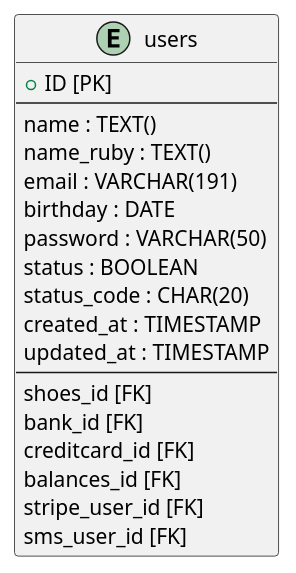
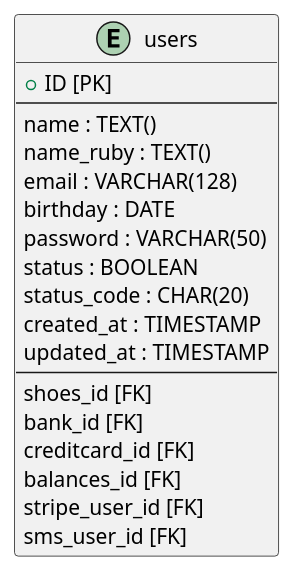
The diagram in db/users.pu (mybz-inc/sneaker), drawn with PlantUML before and after one commit. The commit also changed 8 other files, not shown here.

```diff
--- a/db/users.pu
+++ b/db/users.pu
@@ -1,22 +1,22 @@
 @startuml users
 entity users {
   + ID [PK]
   --
   name : TEXT()
   name_ruby : TEXT()
-  email : VARCHAR(191)
+  email : VARCHAR(128)
   birthday : DATE
   password : VARCHAR(50)
   status : BOOLEAN
   status_code : CHAR(20)
   created_at : TIMESTAMP
   updated_at : TIMESTAMP
   --
   shoes_id [FK]
   bank_id [FK]
   creditcard_id [FK]
   balances_id [FK]
   stripe_user_id [FK]
   sms_user_id [FK]
 }
 @enduml
```
